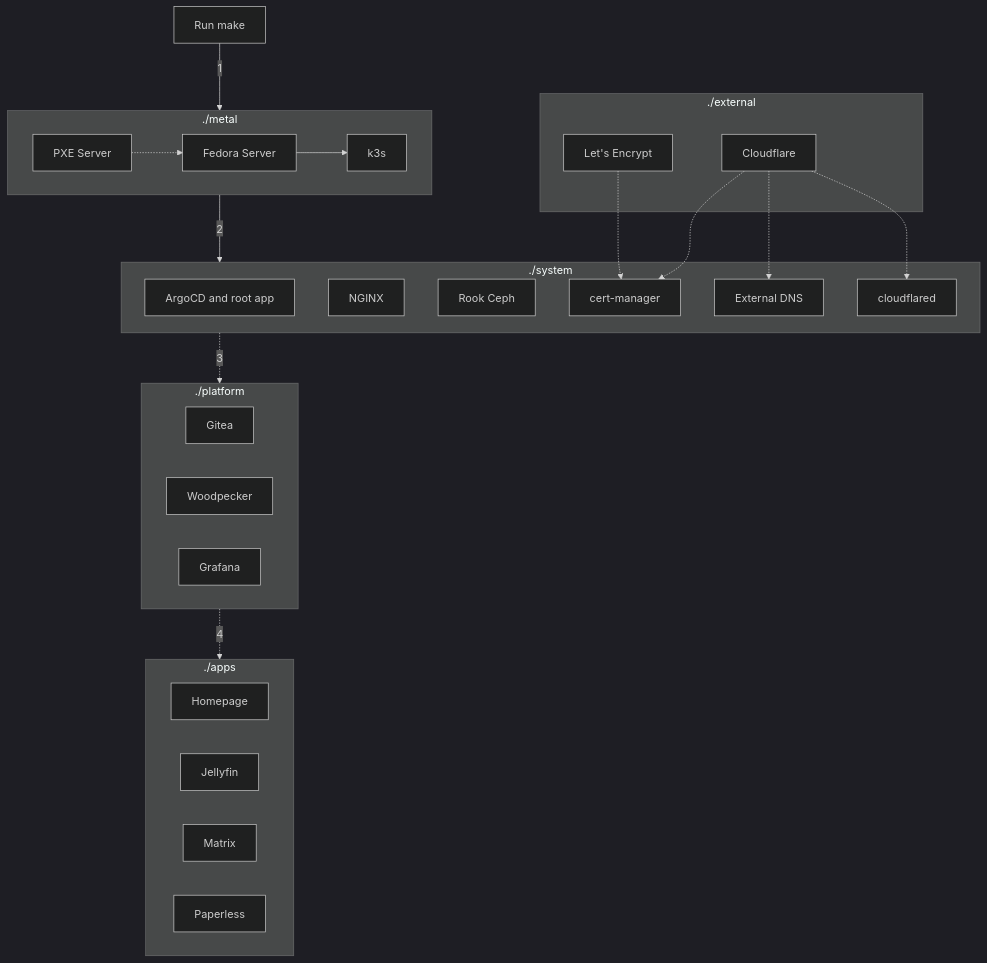
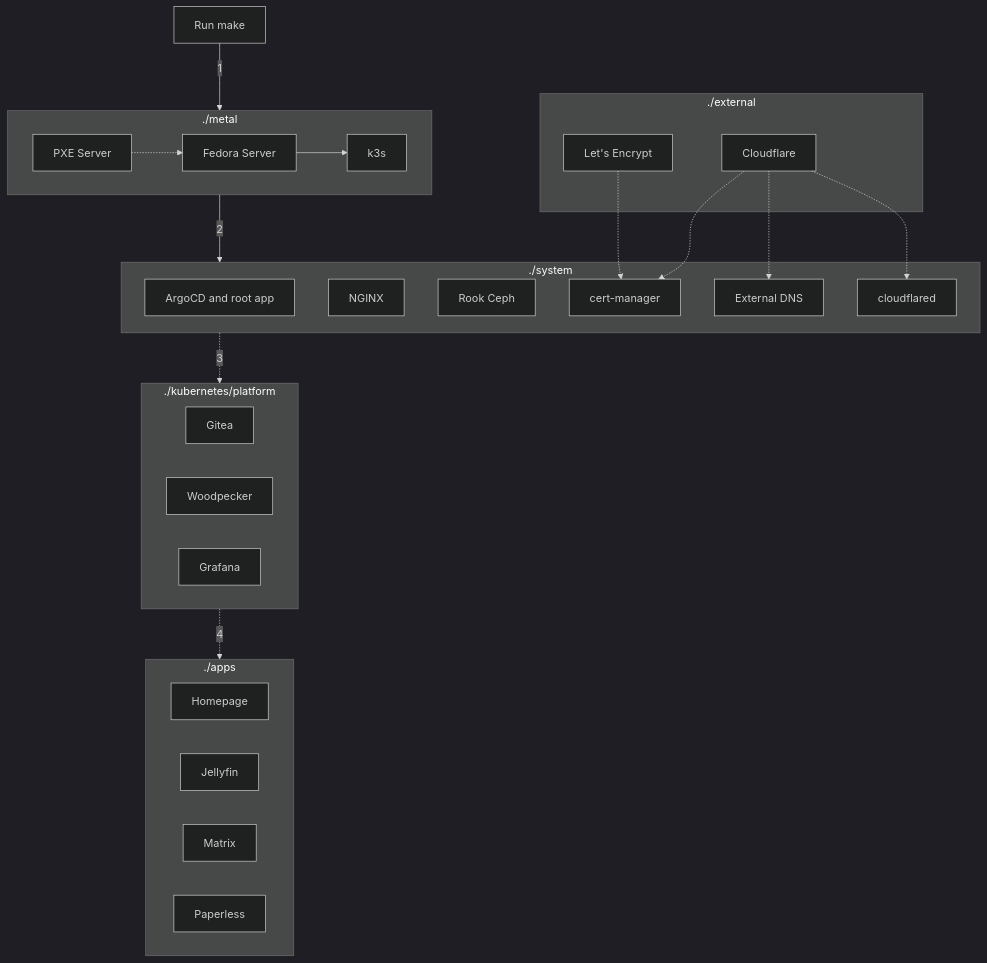
One commit to fullstackjam/k8s-gitops changed the diagram in docs/reference/architecture/overview.md. Above: the diagram before and after it, drawn with Mermaid (dark theme). The commit also changed other lines of this file and 3 other files, not shown here.

````diff
--- a/docs/reference/architecture/overview.md
+++ b/docs/reference/architecture/overview.md
@@ -47,40 +47,40 @@
 ```mermaid
 flowchart TD
   subgraph metal[./metal]
     pxe[PXE Server] -.-> linux[Fedora Server] --> k3s
   end
 
   subgraph system[./system]
     argocd[ArgoCD and root app]
     nginx[NGINX]
     rook-ceph[Rook Ceph]
     cert-manager
     external-dns[External DNS]
     cloudflared
   end
 
   subgraph external[./external]
     letsencrypt[Let's Encrypt]
     cloudflare[Cloudflare]
   end
 
   letsencrypt -.-> cert-manager
   cloudflare -.-> cert-manager
   cloudflare -.-> external-dns
   cloudflare -.-> cloudflared
 
-  subgraph platform[./platform]
+  subgraph platform[./kubernetes/platform]
     Gitea
     Woodpecker
     Grafana
   end
 
   subgraph apps[./apps]
     homepage[Homepage]
     jellyfin[Jellyfin]
     matrix[Matrix]
     paperless[Paperless]
   end
 
   make[Run make] -- 1 --> metal -- 2 --> system -. 3 .-> platform -. 4 .-> apps
 ```
````
